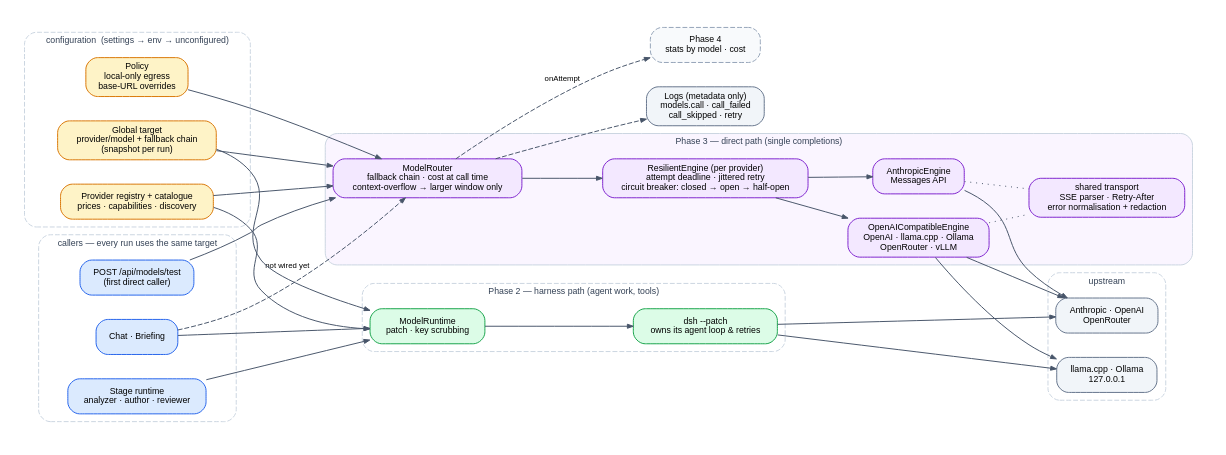
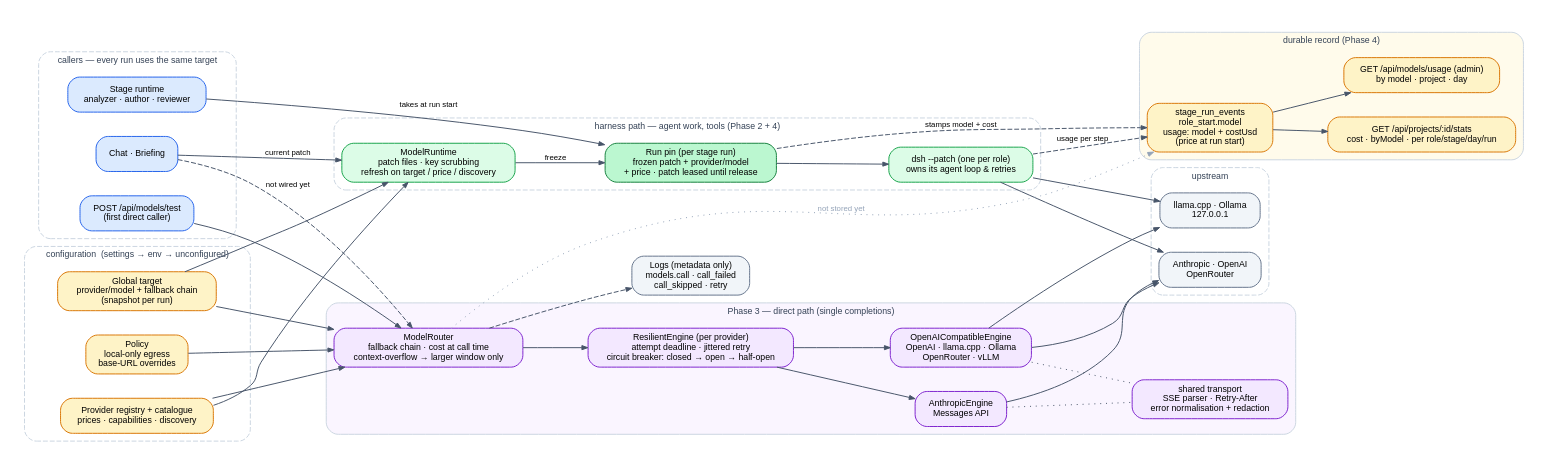
The diagram in docs/design/diagrams/model-providers.dot (keensap/AIFactory), drawn with Graphviz before and after one commit. The commit also changed 25 other files, not shown here.

```diff
--- a/docs/design/diagrams/model-providers.dot
+++ b/docs/design/diagrams/model-providers.dot
@@ -1,58 +1,69 @@
 digraph providers {
   graph [rankdir=LR, bgcolor="white", fontname="Helvetica", fontsize=10, pad=0.25, nodesep=0.35, ranksep=0.55, compound=true];
   node  [shape=box, style="rounded,filled", fontname="Helvetica", fontsize=9, color="#94a3b8", fillcolor="#f8fafc", margin="0.12,0.07"];
   edge  [fontname="Helvetica", fontsize=8, color="#475569", arrowsize=0.6];
 
   subgraph cluster_callers {
     label="callers — every run uses the same target"; fontsize=9; fontcolor="#334155"; color="#cbd5e1"; style="rounded,dashed";
     stage [label="Stage runtime\nanalyzer · author · reviewer", fillcolor="#dbeafe", color="#2563eb"];
     chat [label="Chat · Briefing", fillcolor="#dbeafe", color="#2563eb"];
     test [label="POST /api/models/test\n(first direct caller)", fillcolor="#dbeafe", color="#2563eb"];
   }
 
   subgraph cluster_config {
     label="configuration  (settings → env → unconfigured)"; fontsize=9; fontcolor="#334155"; color="#cbd5e1"; style="rounded,dashed";
     target [label="Global target\nprovider/model + fallback chain\n(snapshot per run)", fillcolor="#fef3c7", color="#d97706"];
     registry [label="Provider registry + catalogue\nprices · capabilities · discovery", fillcolor="#fef3c7", color="#d97706"];
     policy [label="Policy\nlocal-only egress\nbase-URL overrides", fillcolor="#fef3c7", color="#d97706"];
   }
 
   subgraph cluster_harness {
-    label="Phase 2 — harness path (agent work, tools)"; fontsize=9; fontcolor="#334155"; color="#cbd5e1"; style="rounded,dashed";
-    runtime [label="ModelRuntime\npatch · key scrubbing", fillcolor="#dcfce7", color="#16a34a"];
-    dsh [label="dsh --patch\nowns its agent loop & retries", fillcolor="#dcfce7", color="#16a34a"];
+    label="harness path — agent work, tools (Phase 2 + 4)"; fontsize=9; fontcolor="#334155"; color="#cbd5e1"; style="rounded,dashed";
+    runtime [label="ModelRuntime\npatch files · key scrubbing\nrefresh on target / price / discovery", fillcolor="#dcfce7", color="#16a34a"];
+    pin [label="Run pin (per stage run)\nfrozen patch + provider/model\n+ price · patch leased until release", fillcolor="#bbf7d0", color="#15803d"];
+    dsh [label="dsh --patch (one per role)\nowns its agent loop & retries", fillcolor="#dcfce7", color="#16a34a"];
+  }
+
+  subgraph cluster_record {
+    label="durable record (Phase 4)"; fontsize=9; fontcolor="#334155"; color="#cbd5e1"; style="rounded,filled"; fillcolor="#fffbeb";
+    events [label="stage_run_events\nrole_start.model\nusage: model + costUsd\n(price at run start)", fillcolor="#fef3c7", color="#d97706"];
+    stats [label="GET /api/projects/:id/stats\ncost · byModel · per role/stage/day/run", fillcolor="#fef3c7", color="#d97706"];
+    report [label="GET /api/models/usage (admin)\nby model · project · day", fillcolor="#fef3c7", color="#d97706"];
   }
 
   subgraph cluster_direct {
     label="Phase 3 — direct path (single completions)"; fontsize=9; fontcolor="#334155"; color="#cbd5e1"; style="rounded,filled"; fillcolor="#faf5ff";
     router [label="ModelRouter\nfallback chain · cost at call time\ncontext-overflow → larger window only", fillcolor="#f3e8ff", color="#7e22ce"];
     resilient [label="ResilientEngine (per provider)\nattempt deadline · jittered retry\ncircuit breaker: closed → open → half-open", fillcolor="#f3e8ff", color="#7e22ce"];
     oai [label="OpenAICompatibleEngine\nOpenAI · llama.cpp · Ollama\nOpenRouter · vLLM", fillcolor="#f3e8ff", color="#7e22ce"];
     ant [label="AnthropicEngine\nMessages API", fillcolor="#f3e8ff", color="#7e22ce"];
     shared [label="shared transport\nSSE parser · Retry-After\nerror normalisation + redaction", fillcolor="#f3e8ff", color="#7e22ce"];
   }
 
   subgraph cluster_upstream {
     label="upstream"; fontsize=9; fontcolor="#334155"; color="#cbd5e1"; style="rounded,dashed";
     cloud [label="Anthropic · OpenAI\nOpenRouter", fillcolor="#f1f5f9", color="#64748b"];
     local [label="llama.cpp · Ollama\n127.0.0.1", fillcolor="#f1f5f9", color="#64748b"];
   }
 
   logs [label="Logs (metadata only)\nmodels.call · call_failed\ncall_skipped · retry", fillcolor="#f1f5f9", color="#64748b"];
-  stats [label="Phase 4\nstats by model · cost", fillcolor="#f8fafc", color="#94a3b8", style="rounded,dashed,filled"];
 
-  stage -> runtime; chat -> runtime;
-  runtime -> dsh;
+  stage -> pin [label="takes at run start"]; chat -> runtime [label="current patch"];
+  runtime -> pin [label="freeze"];
+  pin -> dsh;
   dsh -> cloud; dsh -> local;
   target -> runtime; registry -> runtime;
+  dsh -> events [label="usage per step", style=dashed];
+  pin -> events [label="stamps model + cost", style=dashed];
+  events -> stats; events -> report;
 
   test -> router;
   chat -> router [style=dashed, label="not wired yet"];
   target -> router; registry -> router; policy -> router;
   router -> resilient;
   resilient -> oai; resilient -> ant;
   oai -> shared [style=dotted, arrowhead=none]; ant -> shared [style=dotted, arrowhead=none];
   oai -> cloud; oai -> local; ant -> cloud;
   router -> logs [style=dashed];
-  router -> stats [style=dashed, label="onAttempt"];
+  router -> events [style=dotted, label="not stored yet", fontcolor="#94a3b8", color="#94a3b8"];
 }
```
